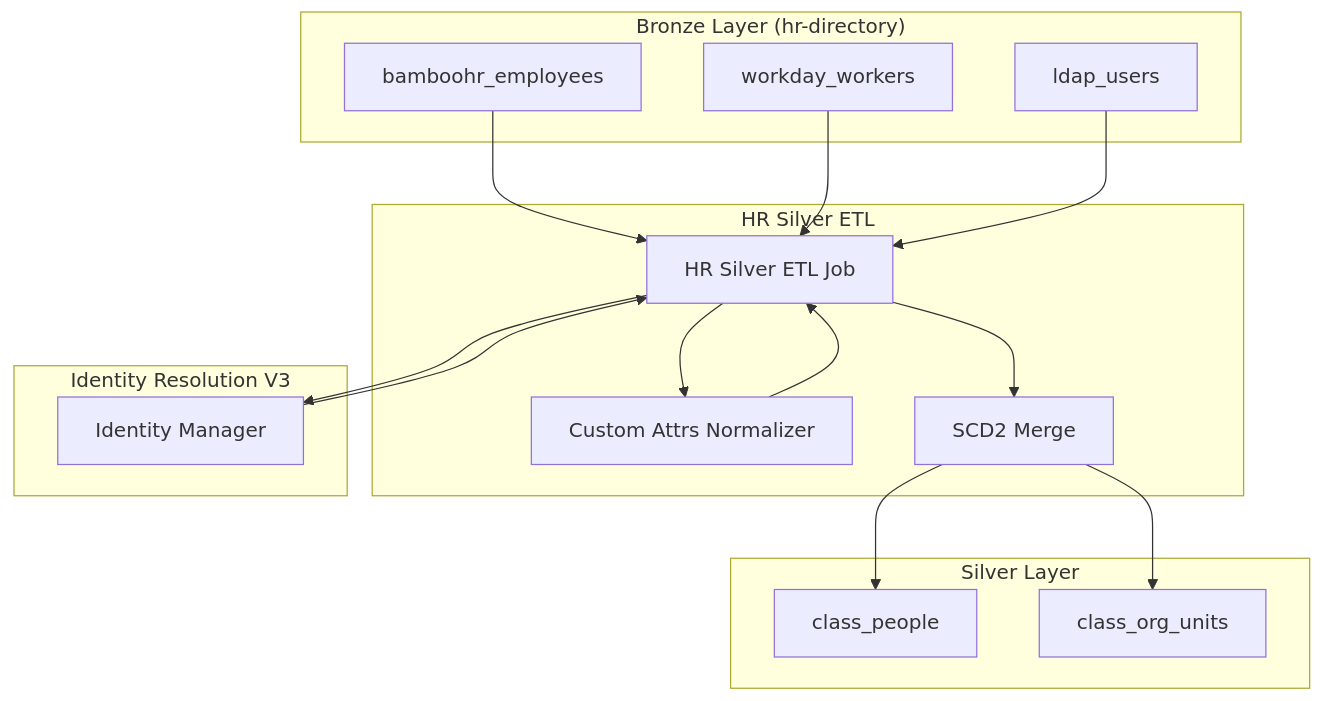
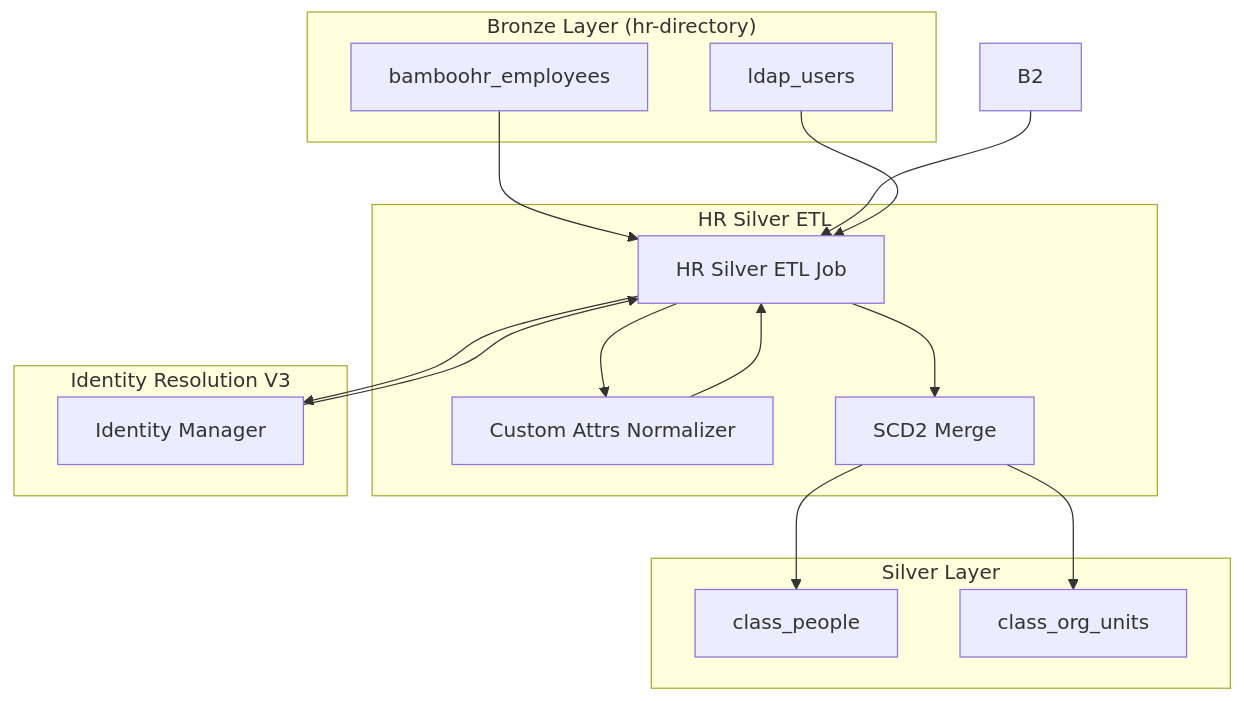
One commit to aleksdotbar/insight changed the first of 3 diagrams in docs/components/connectors/hr-directory/README.md. Above: the diagram before and after it, drawn with Mermaid. The commit also changed other lines of this file and 201 other files, not shown here.

````diff
--- a/docs/components/connectors/hr-directory/README.md
+++ b/docs/components/connectors/hr-directory/README.md
@@ -220,34 +220,33 @@
 ```mermaid
 graph TD
     subgraph Bronze["Bronze Layer (hr-directory)"]
         B1[bamboohr_employees]
-        B2[workday_workers]
         B3[ldap_users]
     end
 
     subgraph ETL["HR Silver ETL"]
         C1[HR Silver ETL Job]
         C3[Custom Attrs Normalizer]
         C2[SCD2 Merge]
     end
 
     subgraph IR["Identity Resolution V3"]
         I1[Identity Manager]
     end
 
     subgraph Silver["Silver Layer"]
         S1[class_people]
         S2[class_org_units]
     end
 
     B1 --> C1
     B2 --> C1
     B3 --> C1
     C1 --> C3
     C3 --> C1
     C1 --> I1
     I1 --> C1
     C1 --> C2
     C2 --> S1
     C2 --> S2
 ```
````
